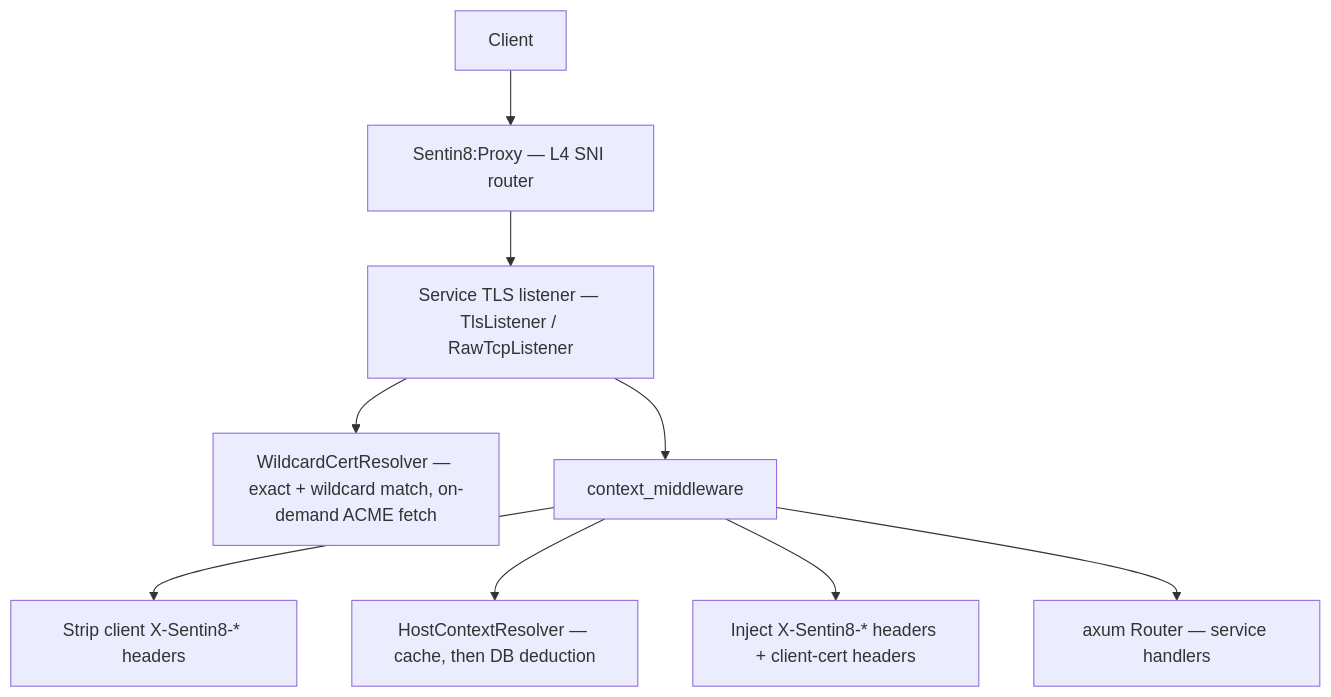
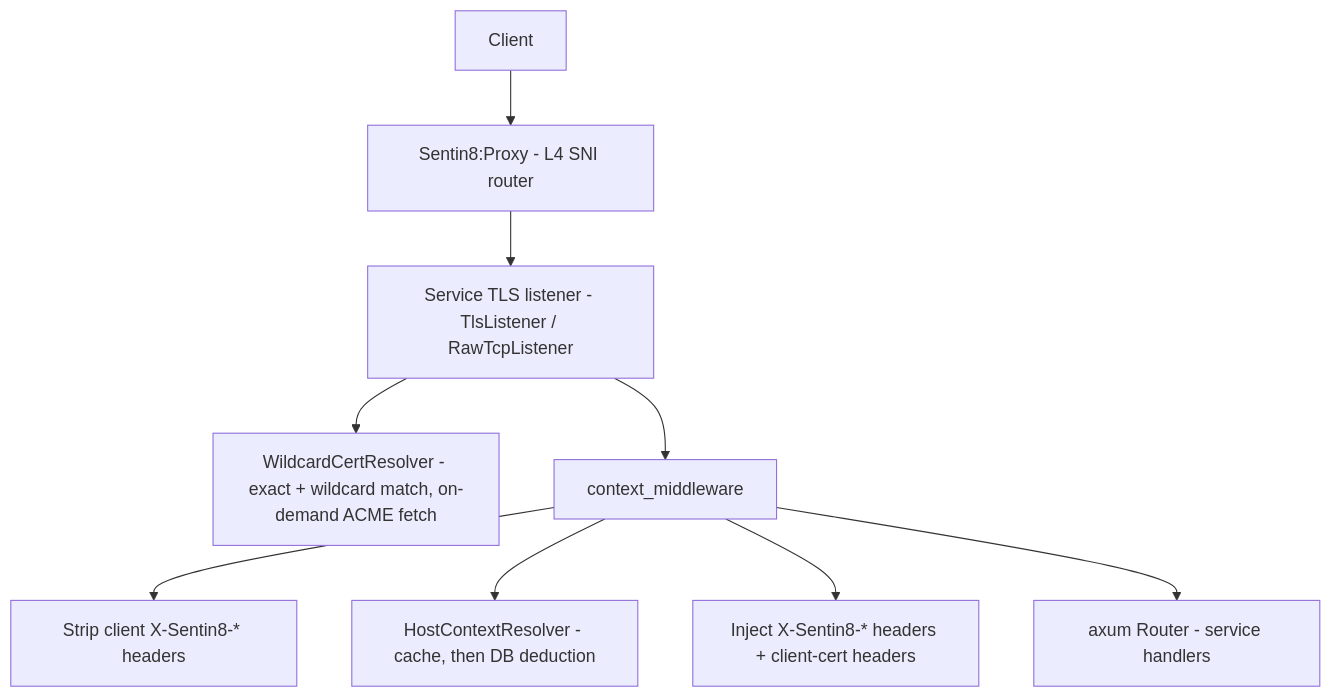
One commit to Sentin8/sentin8-sdk changed the diagram in tls/tls/README.md. Above: the diagram before and after it, drawn with Mermaid. The commit also changed other lines of this file and 107 other files, not shown here.

````diff
--- a/tls/tls/README.md
+++ b/tls/tls/README.md
@@ -29,11 +29,11 @@
 ```mermaid
 graph TD
-    A[Client] --> B[Sentin8:Proxy — L4 SNI router]
-    B --> C[Service TLS listener — TlsListener / RawTcpListener]
-    C --> D[WildcardCertResolver — exact + wildcard match, on-demand ACME fetch]
+    A[Client] --> B[Sentin8:Proxy - L4 SNI router]
+    B --> C[Service TLS listener - TlsListener / RawTcpListener]
+    C --> D[WildcardCertResolver - exact + wildcard match, on-demand ACME fetch]
     C --> E[context_middleware]
     E --> E1[Strip client X-Sentin8-* headers]
-    E --> E2[HostContextResolver — cache, then DB deduction]
+    E --> E2[HostContextResolver - cache, then DB deduction]
     E --> E3[Inject X-Sentin8-* headers + client-cert headers]
-    E --> F[axum Router — service handlers]
+    E --> F[axum Router - service handlers]
 ```
````
